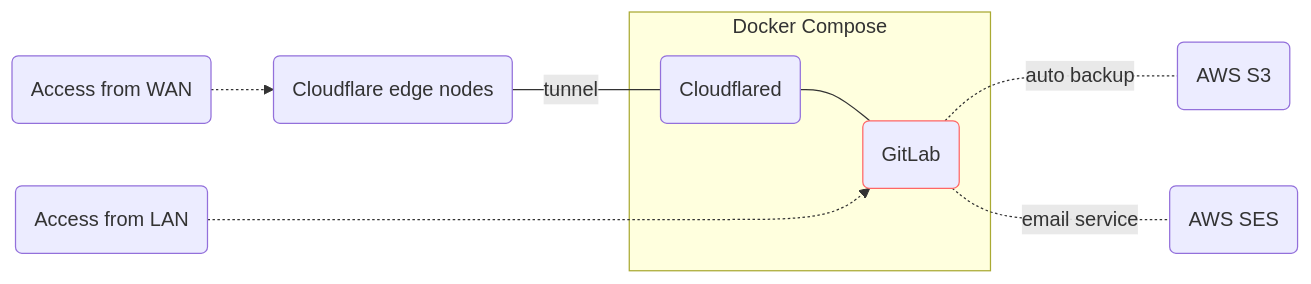
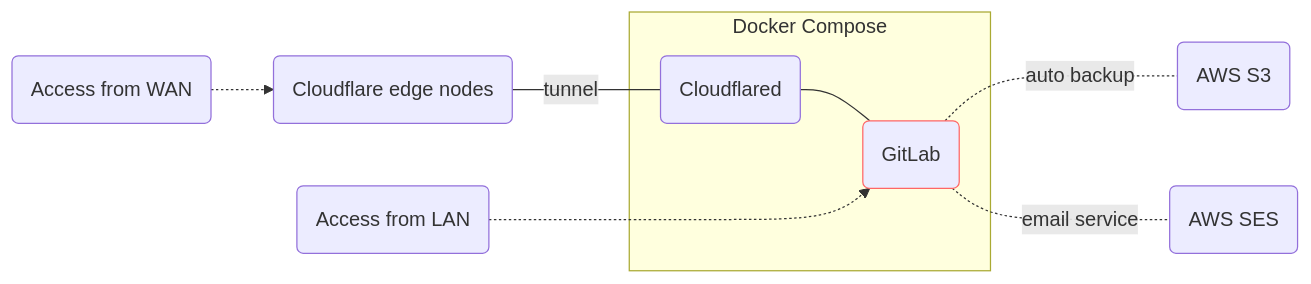
One commit to whisperpine/gitlab-compose changed the diagram in README.md. Above: the diagram before and after it, drawn with Mermaid.

Commit message:
docs: modify the mermaid flowchart adapting to changes in GFM
GFM (Github Flavored Markdown) recently made changes to how mermaid
graphs are rendered.

````diff
--- a/README.md
+++ b/README.md
@@ -15,24 +15,24 @@
 ```mermaid
 flowchart LR
   pub("Access from WAN")
   private("Access from LAN")
   cf("Cloudflare edge nodes")
   s3("AWS S3")
   ses("AWS SES")
 
   pub -.-> cf
   cf ---|tunnel| cloudflared
 
   subgraph Docker Compose
     cloudflared("Cloudflared")
     gitlab("GitLab"):::red_stroke
     cloudflared --- gitlab
   end
 
-  private -...-> gitlab
+  private -..-> gitlab
 
   gitlab -.-|auto backup| s3
   gitlab -.-|email service| ses
 
   classDef red_stroke stroke: #f66
 ```
````
